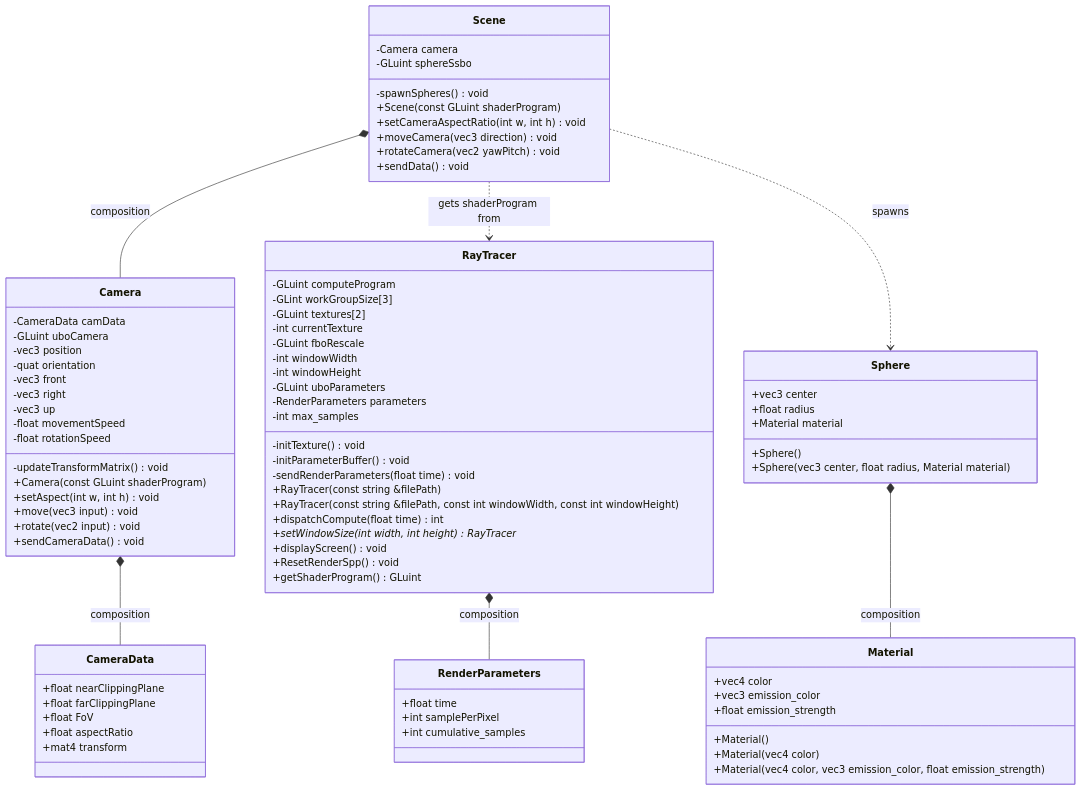
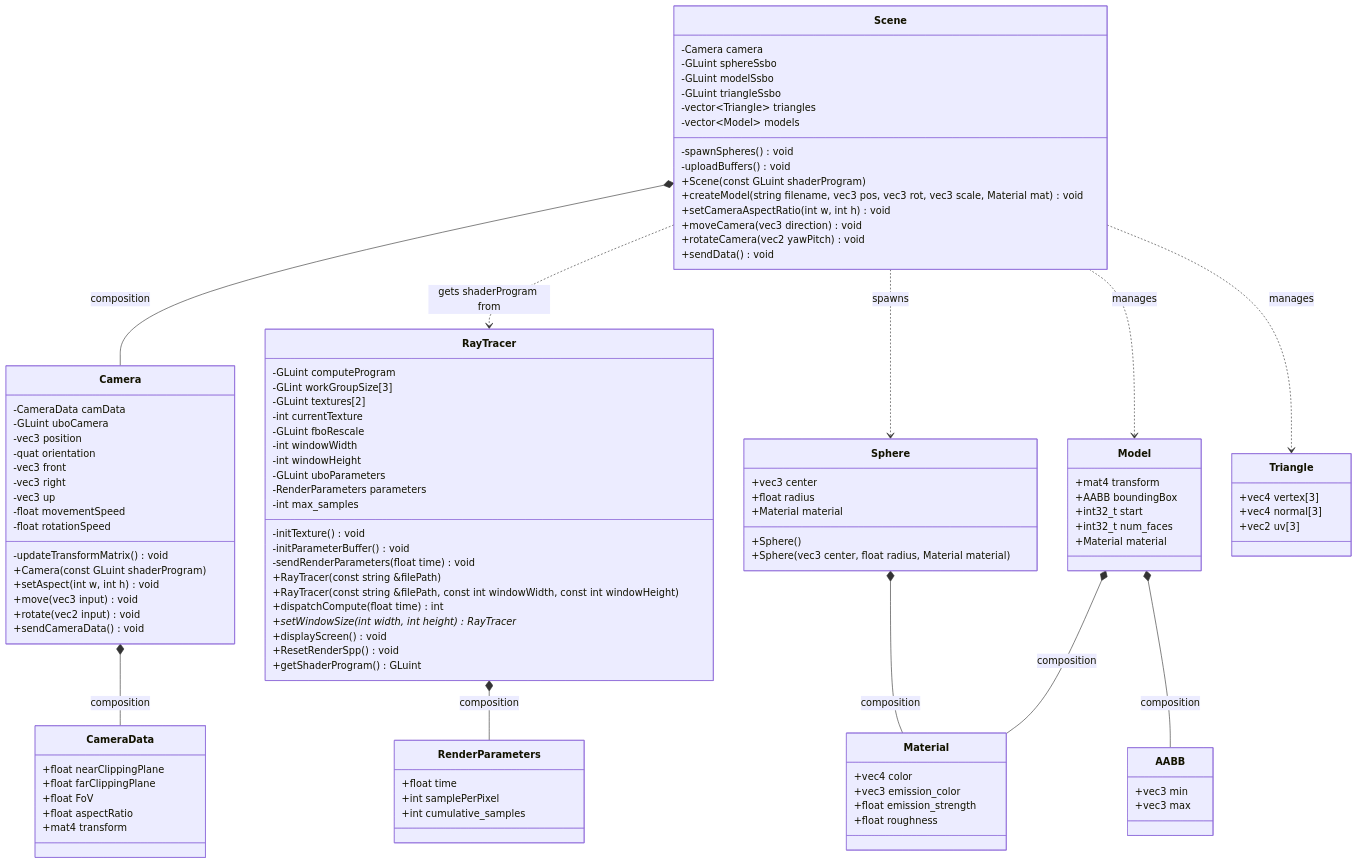
The third of 4 diagrams in doc/guide.md (LEE-CHI-HSUAN/GL-Ray-Tracer), drawn with Mermaid before and after one commit. The commit also changed other lines of this file and 4 other files, not shown here.

Commit message:
feat: material roughness & specular

````diff
--- a/doc/guide.md
+++ b/doc/guide.md
@@ -128,8 +134,14 @@
     class Scene {
         -Camera camera
         -GLuint sphereSsbo
+        -GLuint modelSsbo
+        -GLuint triangleSsbo
+        -vector~Triangle~ triangles
+        -vector~Model~ models
         -spawnSpheres() void
+        -uploadBuffers() void
         +Scene(const GLuint shaderProgram)
+        +createModel(string filename, vec3 pos, vec3 rot, vec3 scale, Material mat) void
         +setCameraAspectRatio(int w, int h) void
         +moveCamera(vec3 direction) void
         +rotateCamera(vec2 yawPitch) void
@@ -166,9 +178,7 @@
         +vec4 color
         +vec3 emission_color
         +float emission_strength
-        +Material()
-        +Material(vec4 color)
-        +Material(vec4 color, vec3 emission_color, float emission_strength)
+        +float roughness
     }
 
     class Sphere {
@@ -179,10 +189,33 @@
         +Sphere(vec3 center, float radius, Material material)
     }
 
+    class AABB {
+        +vec3 min
+        +vec3 max
+    }
+
+    class Model {
+        +mat4 transform
+        +AABB boundingBox
+        +int32_t start
+        +int32_t num_faces
+        +Material material
+    }
+
+    class Triangle {
+        +vec4 vertex[3]
+        +vec4 normal[3]
+        +vec2 uv[3]
+    }
+
     RayTracer *-- RenderParameters : composition
     Scene *-- Camera : composition
     Camera *-- CameraData : composition
     Scene ..> RayTracer : gets shaderProgram from
     Scene ..> Sphere : spawns
+    Scene ..> Model : manages
+    Scene ..> Triangle : manages
     Sphere *-- Material : composition
+    Model *-- Material : composition
+    Model *-- AABB : composition
 ```
````
